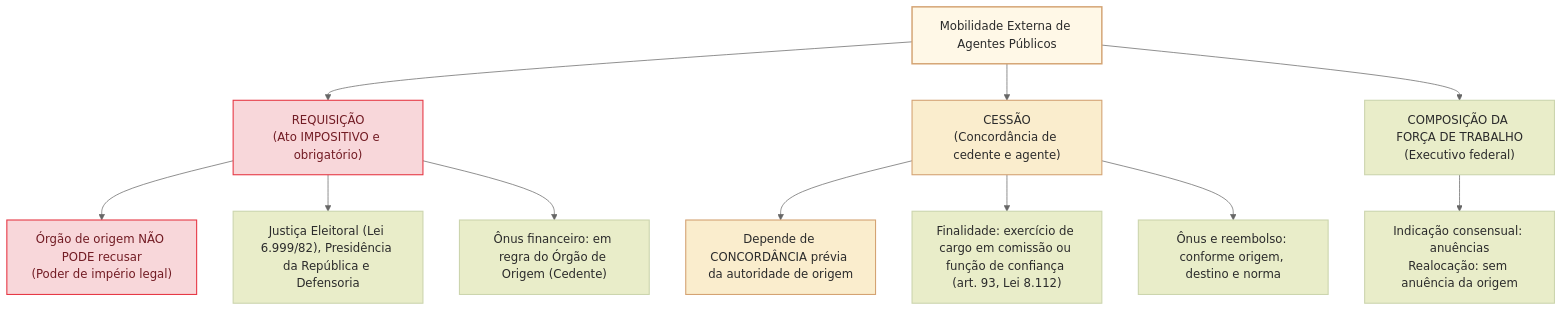
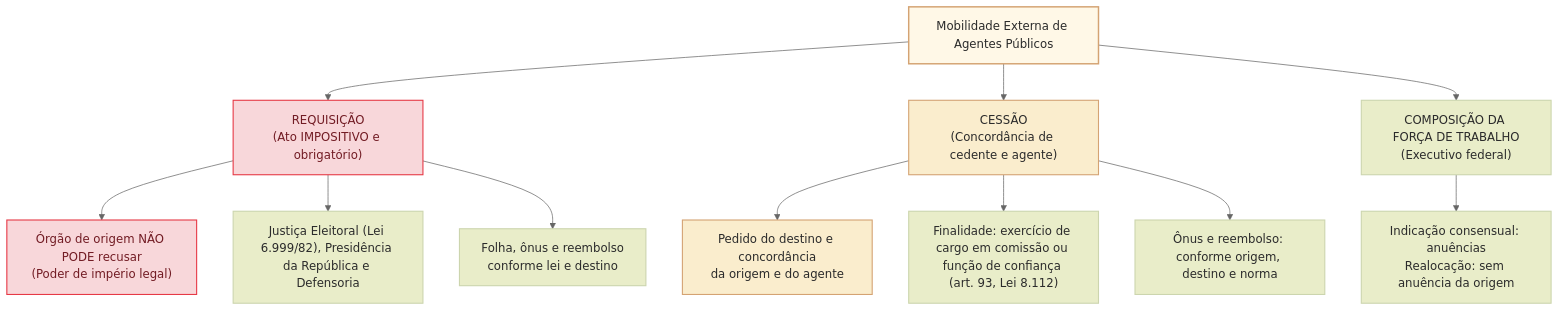
Before and after one commit to leorruas/concursos: the diagram in 3 - Materias/Direito Administrativo/19 - requisicao cessao e movimentacao de agentes publicos.md, drawn with Mermaid (neutral theme). The commit also changed other lines of this file, not shown here.

Commit message:
fix(DA19): corrigir art102 II em Q4, diagrama financeiro e fontes

````diff
--- a/3 - Materias/Direito Administrativo/19 - requisicao cessao e movimentacao de agentes publicos.md
+++ b/3 - Materias/Direito Administrativo/19 - requisicao cessao e movimentacao de agentes publicos.md
@@ -19,22 +19,22 @@
 ```mermaid
 flowchart TD
     classDef raiz fill:#fff8e7,stroke:#d4a373,stroke-width:2px,color:#2b2b2b;
     classDef req fill:#f8d7da,stroke:#e63946,stroke-width:1.5px,color:#721c24;
     classDef cessao fill:#faedcd,stroke:#d4a373,stroke-width:1.5px,color:#2b2b2b;
     classDef detalhe fill:#e9edc9,stroke:#ccd5ae,stroke-width:1.5px,color:#2b2b2b;
 
     A["Mobilidade Externa de Agentes Públicos"]:::raiz
 
     A --> B["REQUISIÇÃO<br/>(Ato IMPOSITIVO e obrigatório)"]:::req
     A --> C["CESSÃO<br/>(Concordância de cedente e agente)"]:::cessao
     A --> D["COMPOSIÇÃO DA FORÇA DE TRABALHO<br/>(Executivo federal)"]:::detalhe
 
     B --> B1["Órgão de origem NÃO PODE recusar<br/>(Poder de império legal)"]:::req
     B --> B2["Justiça Eleitoral (Lei 6.999/82), Presidência da República e Defensoria"]:::detalhe
-    B --> B3["Ônus financeiro: em regra do Órgão de Origem (Cedente)"]:::detalhe
+    B --> B3["Folha, ônus e reembolso<br/>conforme lei e destino"]:::detalhe
 
-    C --> C1["Depende de CONCORDÂNCIA prévia da autoridade de origem"]:::cessao
+    C --> C1["Pedido do destino e concordância<br/>da origem e do agente"]:::cessao
     C --> C2["Finalidade: exercício de cargo em comissão ou função de confiança (art. 93, Lei 8.112)"]:::detalhe
     C --> C3["Ônus e reembolso: conforme origem, destino e norma"]:::detalhe
     D --> D1["Indicação consensual: anuências<br/>Realocação: sem anuência da origem"]:::detalhe
 ```
````
